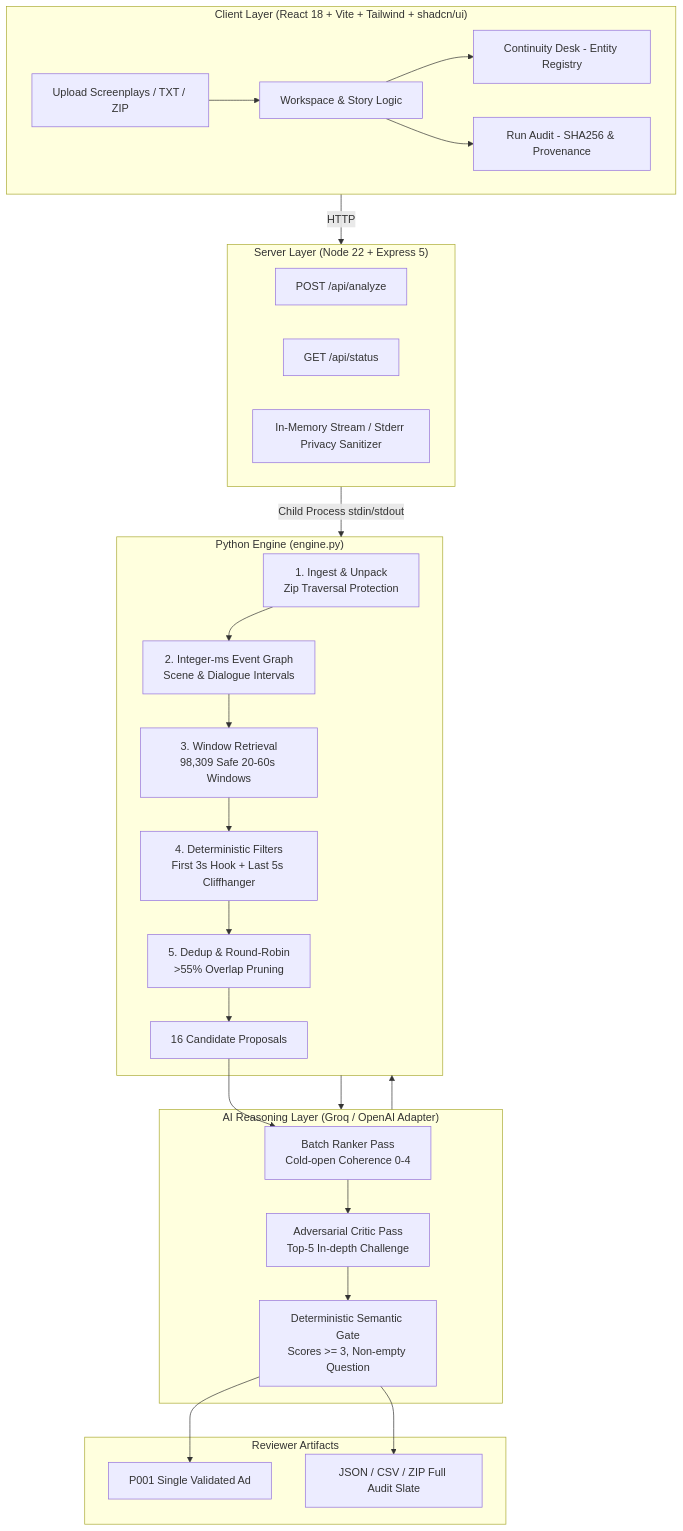
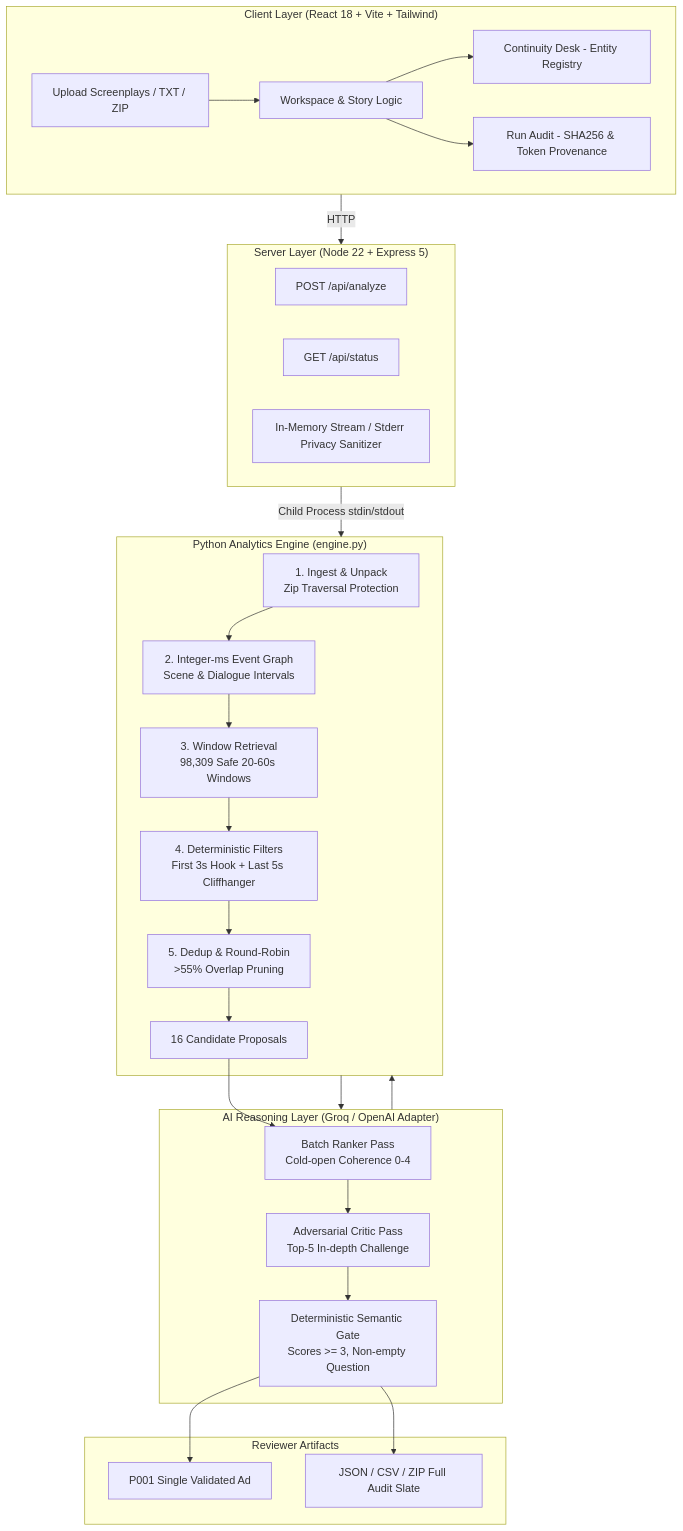
One commit to Dipanshur19/promoproof changed the diagram in README.md. Above: the diagram before and after it, drawn with Mermaid. The commit also changed other lines of this file and 5 other files, not shown here.

````diff
--- a/README.md
+++ b/README.md
@@ -55,38 +67,38 @@
 ```mermaid
 flowchart TD
-    subgraph UI ["Client Layer (React 18 + Vite + Tailwind + shadcn/ui)"]
+    subgraph UI ["Client Layer (React 18 + Vite + Tailwind)"]
         A[Upload Screenplays / TXT / ZIP] --> B[Workspace & Story Logic]
         B --> C[Continuity Desk - Entity Registry]
-        B --> D[Run Audit - SHA256 & Provenance]
+        B --> D[Run Audit - SHA256 & Token Provenance]
     end
 
     subgraph API ["Server Layer (Node 22 + Express 5)"]
         E[POST /api/analyze]
         F[GET /api/status]
         G[In-Memory Stream / Stderr Privacy Sanitizer]
     end
 
-    subgraph ENGINE ["Python Engine (engine.py)"]
+    subgraph ENGINE ["Python Analytics Engine (engine.py)"]
         H[1. Ingest & Unpack<br>Zip Traversal Protection] --> I[2. Integer-ms Event Graph<br>Scene & Dialogue Intervals]
         I --> J[3. Window Retrieval<br>98,309 Safe 20-60s Windows]
         J --> K[4. Deterministic Filters<br>First 3s Hook + Last 5s Cliffhanger]
         K --> L[5. Dedup & Round-Robin<br>>55% Overlap Pruning]
         L --> M[16 Candidate Proposals]
     end
 
     subgraph AI ["AI Reasoning Layer (Groq / OpenAI Adapter)"]
         M --> N[Batch Ranker Pass<br>Cold-open Coherence 0-4]
         N --> O[Adversarial Critic Pass<br>Top-5 In-depth Challenge]
         O --> P[Deterministic Semantic Gate<br>Scores >= 3, Non-empty Question]
     end
 
     subgraph EXPORT ["Reviewer Artifacts"]
         P --> Q[P001 Single Validated Ad]
         P --> R[JSON / CSV / ZIP Full Audit Slate]
     end
 
     UI -->|HTTP| API
     API -->|Child Process stdin/stdout| ENGINE
     ENGINE --> AI
     AI --> ENGINE
 ```
````
